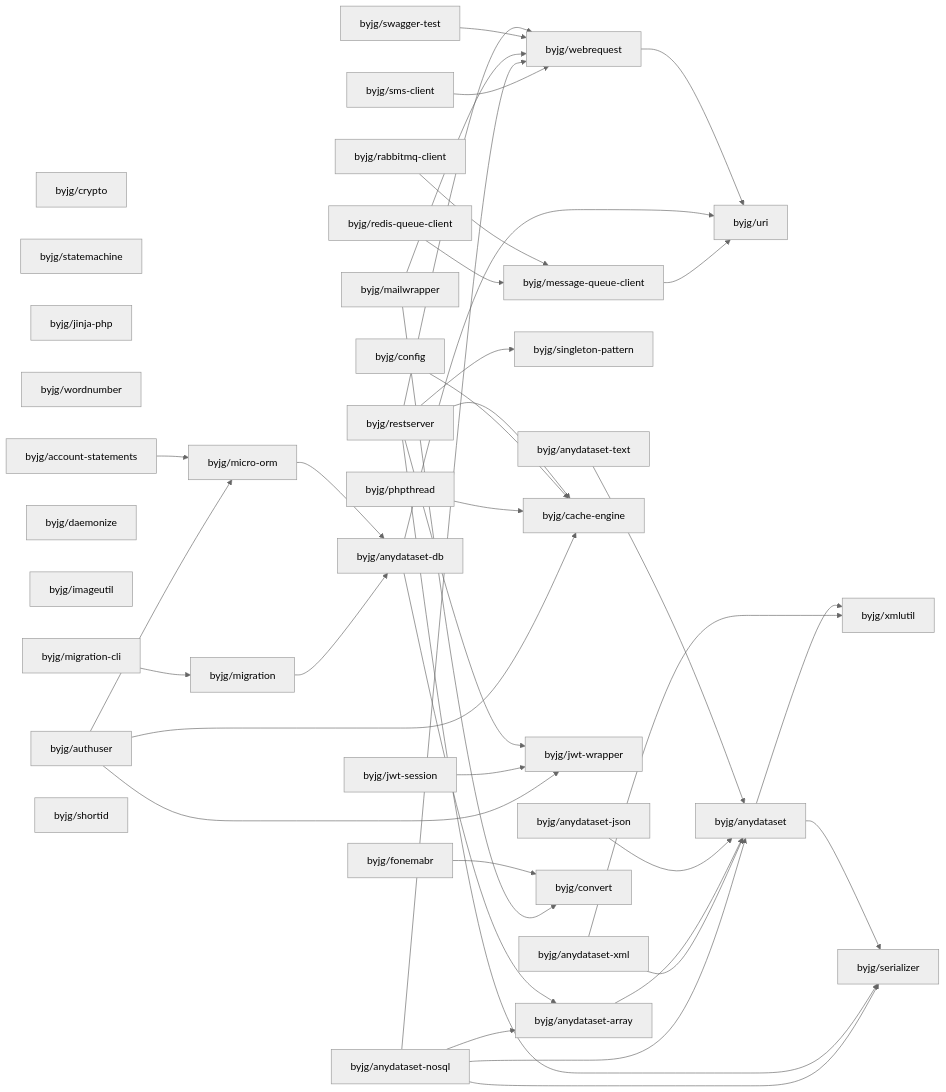
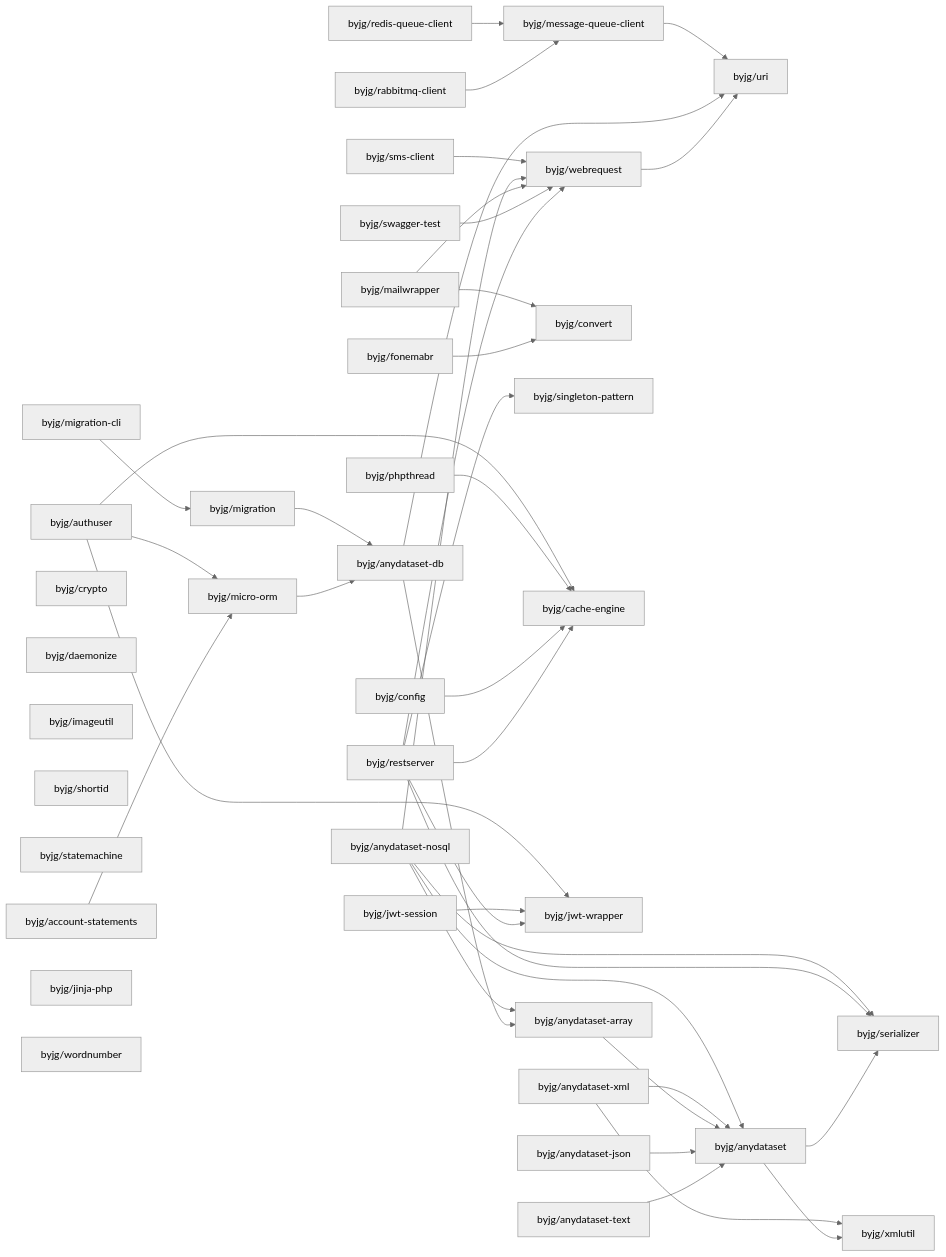
One commit to byjg/byjg.github.io changed the diagram in docs/php/README.md. Above: the diagram before and after it, drawn with Mermaid (neutral theme). The commit also changed other lines of this file, not shown here.

Commit message:
Update documentation 'php' 'php-micro-orm'

````diff
--- a/docs/php/README.md
+++ b/docs/php/README.md
@@ -3,78 +3,78 @@
 ```mermaid
 graph LR;
+  byjg/authuser;
+  byjg/sms-client;
+  byjg/account-statements;
   byjg/crypto;
+  byjg/anydataset-xml;
+  byjg/redis-queue-client;
+  byjg/daemonize;
+  byjg/jwt-session;
+  byjg/imageutil;
+  byjg/anydataset-text;
+  byjg/shortid;
+  byjg/fonemabr;
+  byjg/anydataset-nosql;
   byjg/statemachine;
-  byjg/anydataset-xml;
-  byjg/jwt-session;
-  byjg/config;
-  byjg/jinja-php;
-  byjg/anydataset-text;
-  byjg/swagger-test;
-  byjg/wordnumber;
-  byjg/rabbitmq-client;
-  byjg/account-statements;
-  byjg/restserver;
-  byjg/phpthread;
+  byjg/migration-cli;
   byjg/mailwrapper;
   byjg/anydataset-json;
-  byjg/daemonize;
-  byjg/anydataset-nosql;
-  byjg/sms-client;
-  byjg/imageutil;
-  byjg/authuser;
-  byjg/migration-cli;
-  byjg/redis-queue-client;
-  byjg/shortid;
-  byjg/fonemabr;
+  byjg/config;
+  byjg/phpthread;
+  byjg/jinja-php;
+  byjg/restserver;
+  byjg/wordnumber;
+  byjg/swagger-test;
+  byjg/rabbitmq-client;
+  byjg/micro-orm;
+  byjg/migration;
+  byjg/convert;
   byjg/singleton-pattern;
-  byjg/webrequest;
-  byjg/micro-orm;
   byjg/cache-engine;
   byjg/jwt-wrapper;
-  byjg/migration;
+  byjg/webrequest;
   byjg/message-queue-client;
-  byjg/convert;
   byjg/anydataset-db;
   byjg/anydataset-array;
   byjg/uri;
   byjg/anydataset;
   byjg/serializer;
   byjg/xmlutil;
   byjg/sms-client --> byjg/webrequest;
   byjg/anydataset-nosql --> byjg/anydataset;
   byjg/anydataset-nosql --> byjg/anydataset-array;
   byjg/anydataset-nosql --> byjg/serializer;
   byjg/anydataset-nosql --> byjg/webrequest;
   byjg/anydataset-xml --> byjg/anydataset;
   byjg/anydataset-xml --> byjg/xmlutil;
   byjg/message-queue-client --> byjg/uri;
   byjg/redis-queue-client --> byjg/message-queue-client;
   byjg/authuser --> byjg/micro-orm;
   byjg/authuser --> byjg/cache-engine;
   byjg/authuser --> byjg/jwt-wrapper;
   byjg/mailwrapper --> byjg/convert;
   byjg/mailwrapper --> byjg/webrequest;
   byjg/anydataset-array --> byjg/anydataset;
   byjg/jwt-session --> byjg/jwt-wrapper;
   byjg/account-statements --> byjg/micro-orm;
   byjg/phpthread --> byjg/cache-engine;
   byjg/fonemabr --> byjg/convert;
   byjg/migration --> byjg/anydataset-db;
   byjg/micro-orm --> byjg/anydataset-db;
   byjg/swagger-test --> byjg/webrequest;
   byjg/anydataset-db --> byjg/anydataset-array;
   byjg/anydataset-db --> byjg/uri;
   byjg/config --> byjg/cache-engine;
   byjg/anydataset-json --> byjg/anydataset;
   byjg/anydataset-text --> byjg/anydataset;
   byjg/rabbitmq-client --> byjg/message-queue-client;
   byjg/restserver --> byjg/serializer;
   byjg/restserver --> byjg/singleton-pattern;
   byjg/restserver --> byjg/cache-engine;
   byjg/restserver --> byjg/webrequest;
   byjg/restserver --> byjg/jwt-wrapper;
   byjg/anydataset --> byjg/serializer;
   byjg/anydataset --> byjg/xmlutil;
   byjg/webrequest --> byjg/uri;
   byjg/migration-cli --> byjg/migration;
 ```
````
